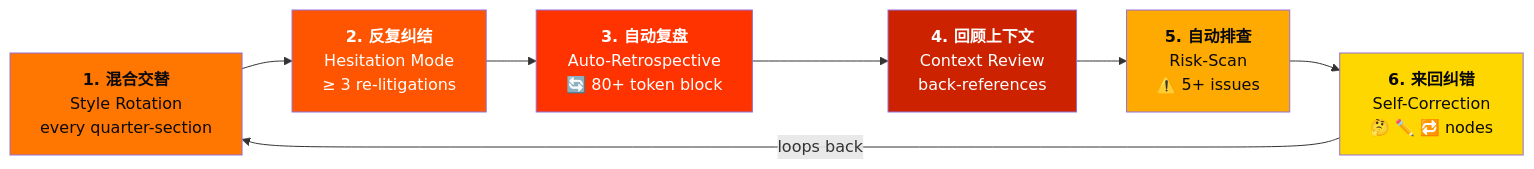
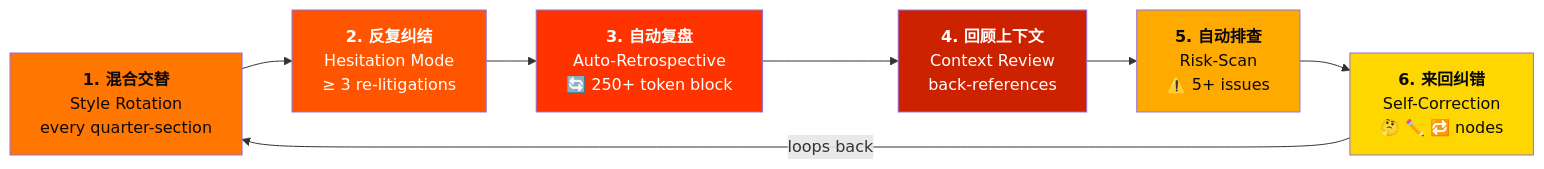
One commit to ponypray/Token-waster-V2-DP- changed the second of 3 diagrams in README.md. Above: the diagram before and after it, drawn with Mermaid. The commit also changed other lines of this file and 7 other files, not shown here.

````diff
--- a/README.md
+++ b/README.md
@@ -117,16 +117,16 @@
 ```mermaid
 flowchart LR
     A["<b>1. 混合交替</b><br/>Style Rotation<br/>every quarter-section"] --> B["<b>2. 反复纠结</b><br/>Hesitation Mode<br/>≥ 3 re-litigations"]
-    B --> C["<b>3. 自动复盘</b><br/>Auto-Retrospective<br/>🔄 80+ token block"]
+    B --> C["<b>3. 自动复盘</b><br/>Auto-Retrospective<br/>🔄 250+ token block"]
     C --> D["<b>4. 回顾上下文</b><br/>Context Review<br/>back-references"]
     D --> E["<b>5. 自动排查</b><br/>Risk-Scan<br/>⚠️ 5+ issues"]
     E --> F["<b>6. 来回纠错</b><br/>Self-Correction<br/>🤔 ✏️ 🔁 nodes"]
     F -->|loops back| A
 
     style A fill:#ff7700,color:#0a0a0f
     style B fill:#ff5500,color:#fff
     style C fill:#ff3300,color:#fff
     style D fill:#cc2200,color:#fff
     style E fill:#ffaa00,color:#0a0a0f
     style F fill:#ffd700,color:#0a0a0f
 ```
````
